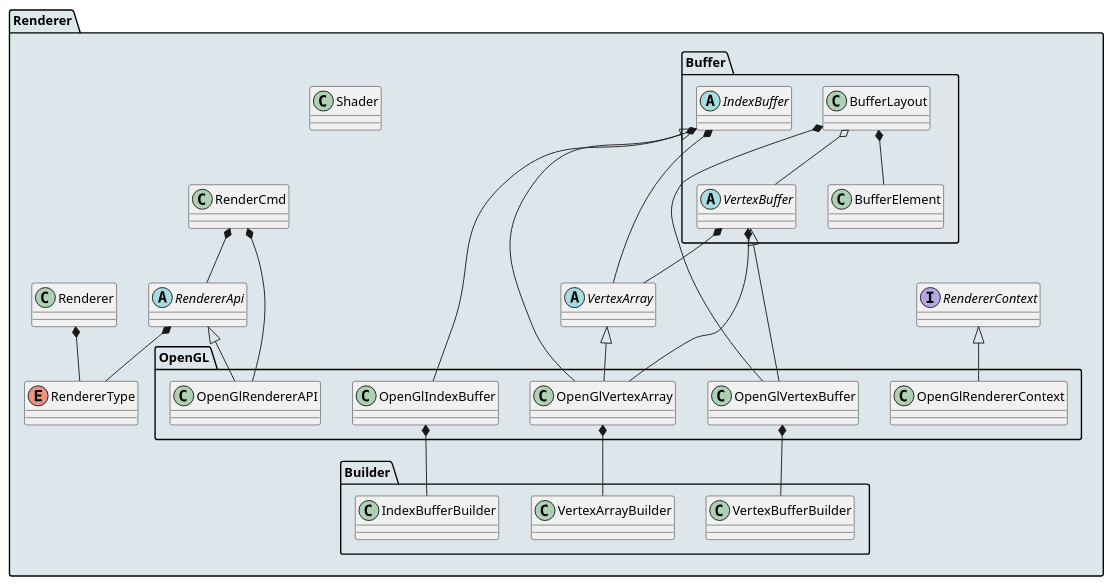
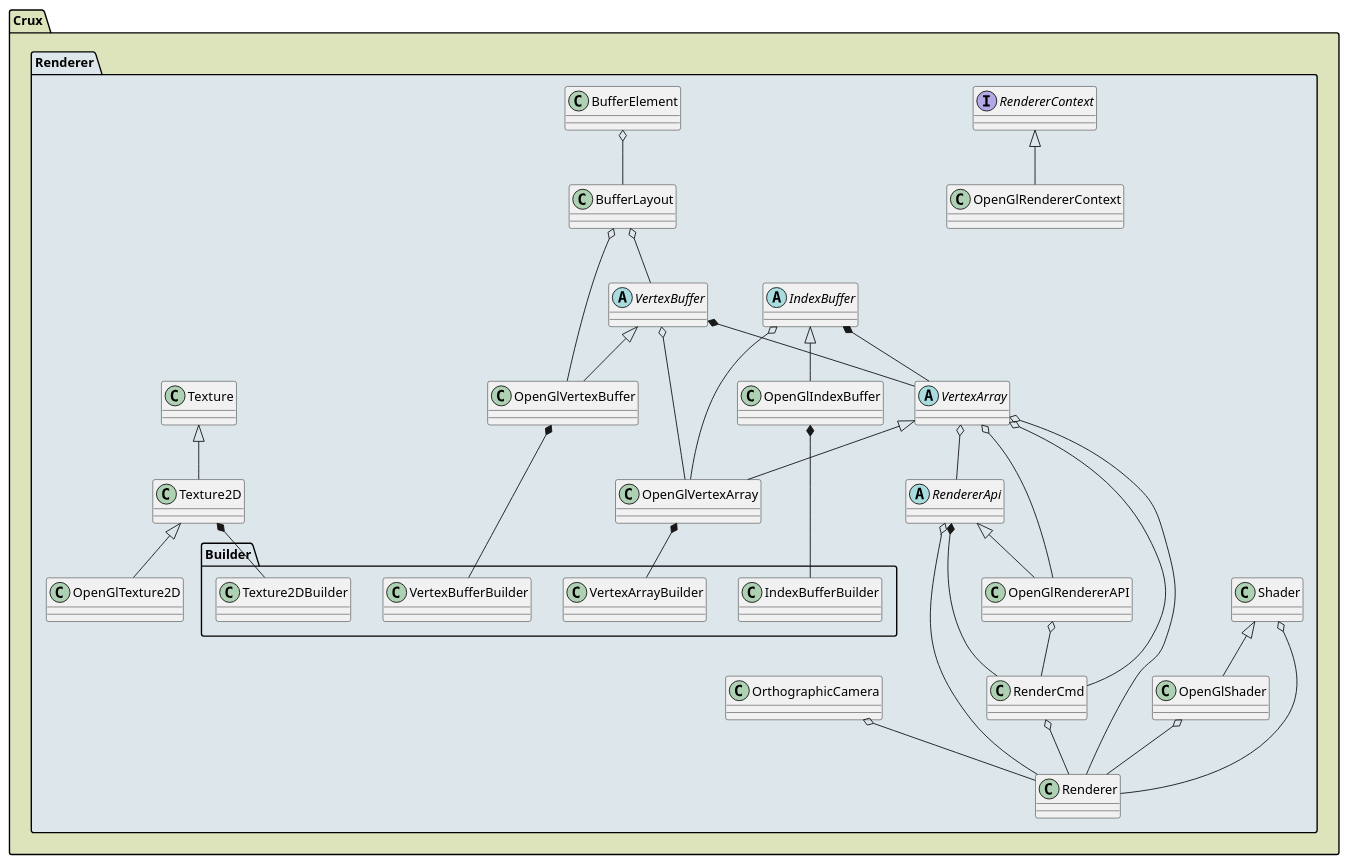
The diagram in Crux/data/datagrams/engine.puml (L0rd1k/CruxEngine), drawn with PlantUML before and after one commit. The commit also changed 50 other files, not shown here.

```diff
--- a/Crux/data/datagrams/engine.puml
+++ b/Crux/data/datagrams/engine.puml
@@ -1,68 +1,143 @@
 @startuml
 
 skinparam componentStyle rectangle
 
+package Crux #dde3bb {
+    
+'     class Layer {}
+'     class LayerSet {}
+'     LayerSet *-- Layer
+    
+' package Gui #dde7db {
+'     class GuiLayer {}
+'     Layer <|-- GuiLayer
+' }
+
+' package Gui #dde7db {
+'     class GuiLayer {}
+'     Layer <|-- GuiLayer
+' }
+
+' package Events #dde7db {
+'     class Event {}
+'     class EventDispatcher {}
+'     Event <|-- EventDispatcher
+
+'     class KeyEvent {}
+'     Event <|-- KeyEvent
+
+'     class KeyPressedEvent {}
+'     KeyEvent <|-- KeyPressedEvent
+
+'     class KeyReleasedEvent {}
+'     KeyEvent <|-- KeyReleasedEvent
+    
+'     class KeyTypedEvent {}
+'     KeyEvent <|-- KeyTypedEvent
+
+'     class MouseMovedEvent {}
+'     Event <|-- MouseMovedEvent
+
+'     class MouseScrolledEvent {}
+'     Event <|-- MouseScrolledEvent
+
+'     class MouseButtonEvent {}
+'     Event <|-- MouseButtonEvent
+
+'     class MouseButtonPressedEvent {}
+'     MouseButtonEvent <|-- MouseButtonPressedEvent
+    
+'     class MouseButtonReleasedEvent {}
+'     MouseButtonEvent <|-- MouseButtonReleasedEvent
+' }
+
+
 package Renderer #dde7eb {
 
-    package OpenGL #dde7eb {
-        class OpenGlVertexBuffer {}
-        class OpenGlVertexArray {}
-        class OpenGlRendererContext {}
-        class OpenGlIndexBuffer {}
-        class OpenGlRendererAPI {}
-    }
+' =============================================================== '
+    class OpenGlVertexBuffer {}
+    VertexBuffer <|-- OpenGlVertexBuffer
+    BufferLayout o-- OpenGlVertexBuffer
 
-    package Buffer #dde7eb {
-        abstract VertexBuffer {}
-        BufferLayout o-- VertexBuffer
-        abstract IndexBuffer {}
-        class BufferLayout {}
-        class BufferElement {}
-    }
+    class OpenGlVertexArray {}
+    VertexArray <|-- OpenGlVertexArray
+    VertexBuffer o-- OpenGlVertexArray
+    IndexBuffer o-- OpenGlVertexArray
 
+    class OpenGlRendererContext {}
+    RendererContext <|-- OpenGlRendererContext
+
+    class OpenGlIndexBuffer {}
+    IndexBuffer <|-- OpenGlIndexBuffer
+
+    class OpenGlRendererAPI {}
+    RendererApi <|-- OpenGlRendererAPI
+    VertexArray o-- OpenGlRendererAPI
+
+    class OpenGlShader {}
+    Shader <|-- OpenGlShader
+
+    class OpenGlTexture2D{}
+    Texture2D <|-- OpenGlTexture2D
+' =============================================================== '
+
+    abstract VertexBuffer {}
+    BufferLayout o-- VertexBuffer
+
+    abstract IndexBuffer {}
+
+    class BufferLayout {}
+    BufferElement o-- BufferLayout
+
+    class BufferElement {}
+
+' =============================================================== '
     package Builder #dde7eb {
-        class VertexArrayBuilder {} 
+        class VertexArrayBuilder {}
         class VertexBufferBuilder {}
         class IndexBufferBuilder {}
+        class Texture2DBuilder {}
     }
 
     OpenGlVertexArray *-- VertexArrayBuilder
     OpenGlVertexBuffer *-- VertexBufferBuilder
     OpenGlIndexBuffer *-- IndexBufferBuilder
+    Texture2D *-- Texture2DBuilder
+' =============================================================== '
 
     abstract VertexArray {}
-
     VertexBuffer *-- VertexArray
     IndexBuffer *-- VertexArray
 
     class Shader {}
+
     class Renderer {}
-    enum RendererType {}
+    OrthographicCamera o-- Renderer
+    VertexArray o-- Renderer
+    Shader o-- Renderer
+    RendererApi o-- Renderer
+    OpenGlShader o-- Renderer
+    RenderCmd o-- Renderer
+
     interface RendererContext {}
+
     abstract RendererApi {}
+    VertexArray o-- RendererApi
+
     class RenderCmd {}
+    VertexArray o-- RenderCmd
+    RendererApi *-- RenderCmd
+    OpenGlRendererAPI o-- RenderCmd
 
-    RendererContext <|-- OpenGlRendererContext
+    class OrthographicCamera {}
 
-    VertexBuffer <|-- OpenGlVertexBuffer
 
-    BufferLayout *-- OpenGlVertexBuffer
+    class Texture {}
+    class Texture2D {}
+    Texture <|-- Texture2D
 
-    IndexBuffer <|-- OpenGlIndexBuffer
-
-    VertexArray <|-- OpenGlVertexArray
-    VertexBuffer *-- OpenGlVertexArray 
-    IndexBuffer *-- OpenGlVertexArray 
-
-    RendererApi <|-- OpenGlRendererAPI
-    Renderer *-- RendererType
-    RendererApi *-- RendererType
-
-    RenderCmd *-- RendererApi
-    RenderCmd *-- OpenGlRendererAPI 
-
-    BufferLayout *-- BufferElement
 }
 
+}
 
 @enduml
```
